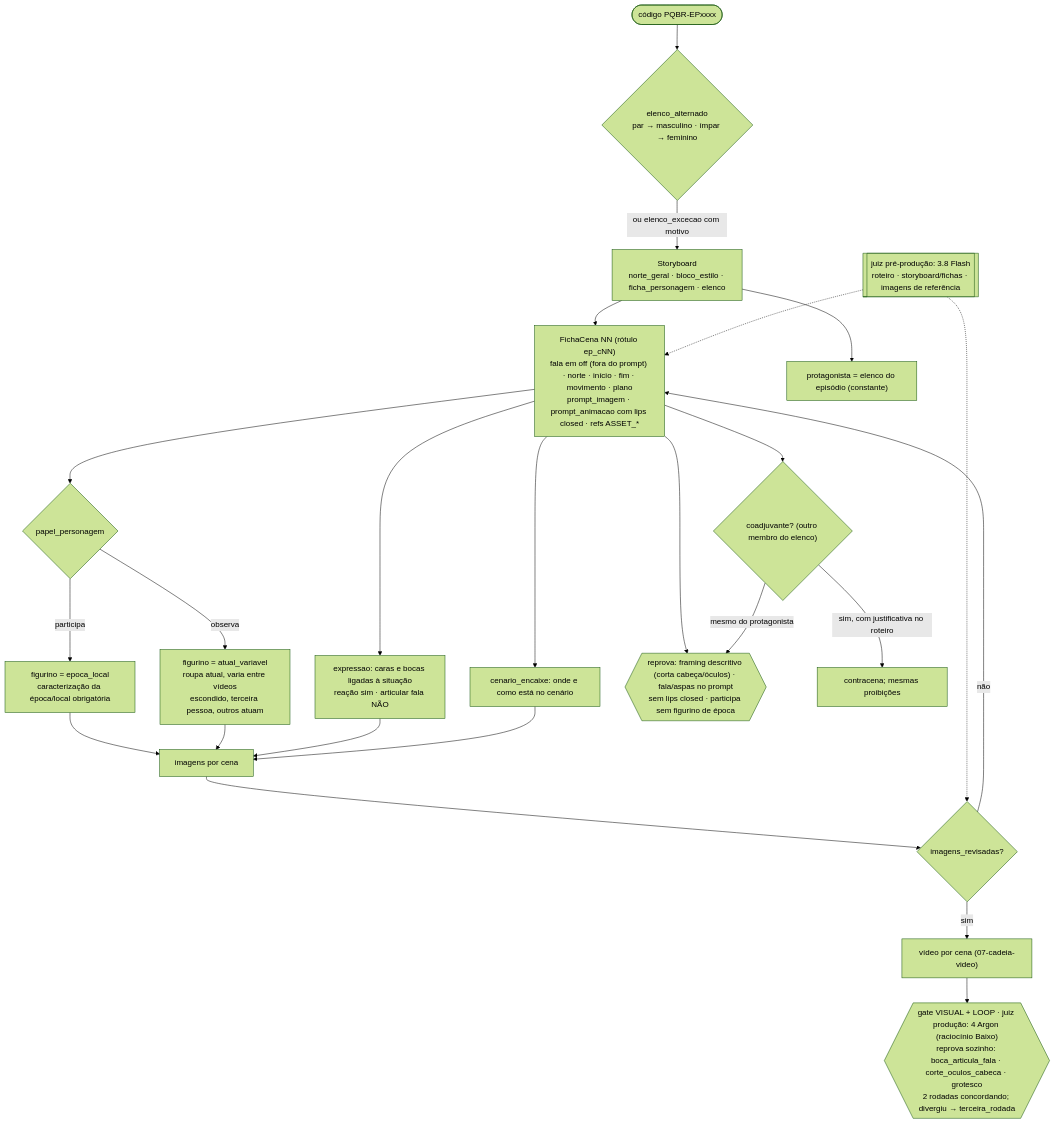
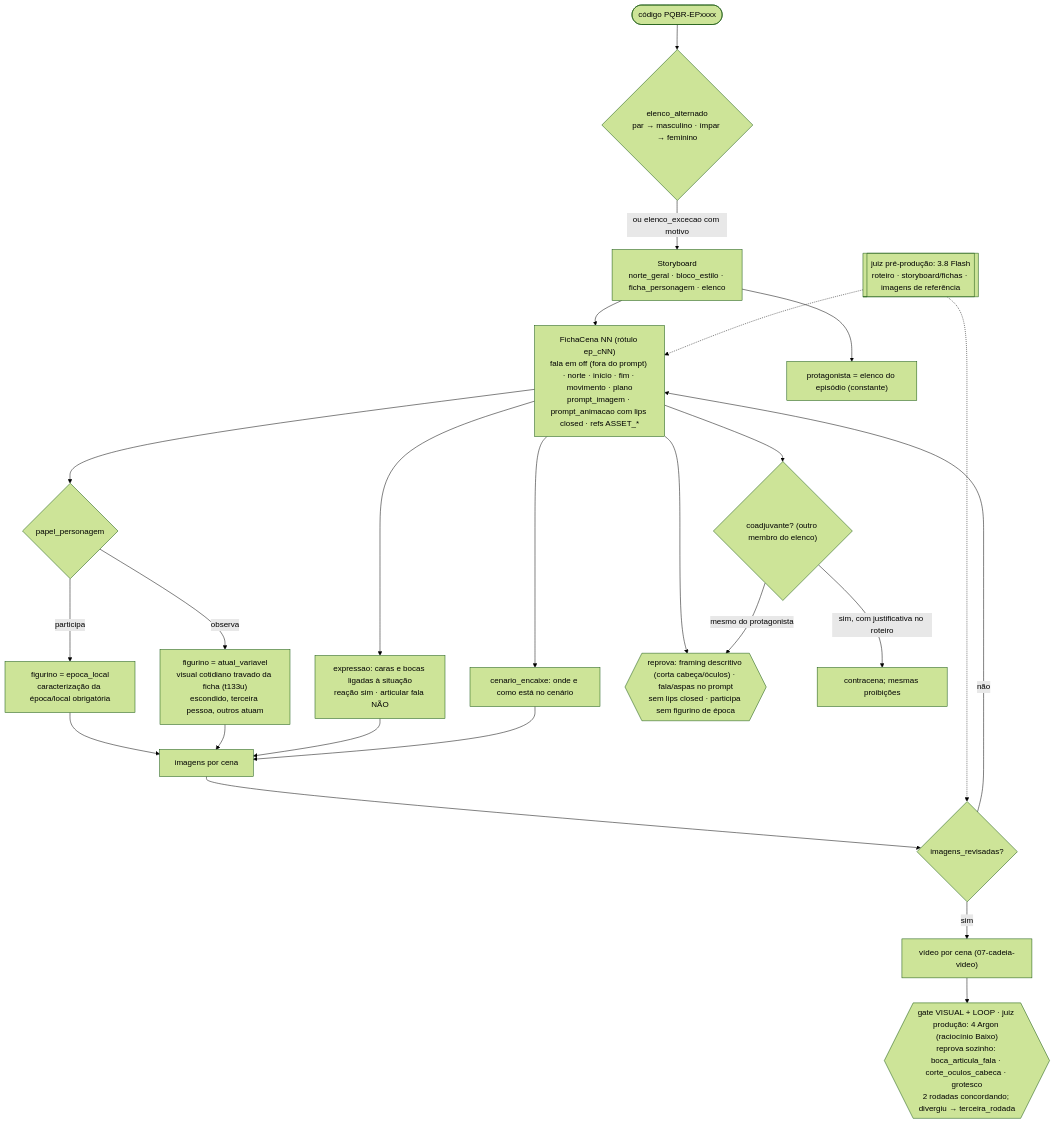
One commit to jvmendesjr/PQBR changed the diagram in docs/mapa/12-storyboard-elenco.mmd. Above: the diagram before and after it, drawn with Mermaid (forest theme). The commit also changed 40 other files, not shown here.

```diff
--- a/docs/mapa/12-storyboard-elenco.mmd
+++ b/docs/mapa/12-storyboard-elenco.mmd
@@ -1,25 +1,25 @@
 %% Storyboard em série, personagem e elenco (t75u–t78u, 26/10/2026). Regra central do José: CONTRATO-EDITORIAL §18, REGRAS §25.
 %% t108u: juízes por etapa.
 %% Contrato: src/pqbr/contratos/storyboard.py (FichaCena/Storyboard 1.2.0). Activity: storyboard_criar (t130u). Fichas do elenco: config/estilo_visual.json → elenco.
 flowchart TD
   COD(["código PQBR-EPxxxx"]) --> ALT{"elenco_alternado<br/>par → masculino · ímpar → feminino"}
   ALT -->|ou elenco_excecao com motivo| SB["Storyboard<br/>norte_geral · bloco_estilo · ficha_personagem · elenco"]
   SB --> FC["FichaCena NN (rótulo ep_cNN)<br/>fala em off (fora do prompt) · norte · início · fim · movimento · plano<br/>prompt_imagem · prompt_animacao com lips closed · refs ASSET_*"]
   FC --> PAP{"papel_personagem"}
   PAP -->|participa| EPO["figurino = epoca_local<br/>caracterização da época/local obrigatória"]
-  PAP -->|observa| ATU["figurino = atual_variavel<br/>roupa atual, varia entre vídeos<br/>escondido, terceira pessoa, outros atuam"]
+  PAP -->|observa| ATU["figurino = atual_variavel<br/>visual cotidiano travado da ficha (t133u)<br/>escondido, terceira pessoa, outros atuam"]
   FC --> EXP["expressao: caras e bocas ligadas à situação<br/>reação sim · articular fala NÃO"]
   FC --> ENC["cenario_encaixe: onde e como está no cenário"]
   FC --> PROI{{"reprova: framing descritivo (corta cabeça/óculos) · fala/aspas no prompt<br/>sem lips closed · participa sem figurino de época"}}
   EPO & ATU & EXP & ENC --> IMG["imagens por cena"] --> REV{"imagens_revisadas?"}
   REV -- não --> FC
   REV -- sim --> VID["vídeo por cena (07-cadeia-video)"]
   %% t108u: juiz Gemini por etapa (config/motores.json → gemini_juiz, contrato juiz_gemini 1.0.0)
   JPRE[["juiz pré-produção: 3.8 Flash<br/>roteiro · storyboard/fichas · imagens de referência"]] -.-> FC
   JPRE -.-> REV
   VID --> VIS{{"gate VISUAL + LOOP · juiz produção: 4 Argon (raciocínio Baixo)<br/>reprova sozinho: boca_articula_fala · corte_oculos_cabeca · grotesco<br/>2 rodadas concordando; divergiu → terceira_rodada"}}
   %% t79u: protagonista único + coadjuvante opcional
   SB --> PROT["protagonista = elenco do episódio (constante)"]
   FC --> CO{"coadjuvante? (outro membro do elenco)"}
   CO -->|sim, com justificativa no roteiro| CJ["contracena; mesmas proibições"]
   CO -->|mesmo do protagonista| PROI
```
